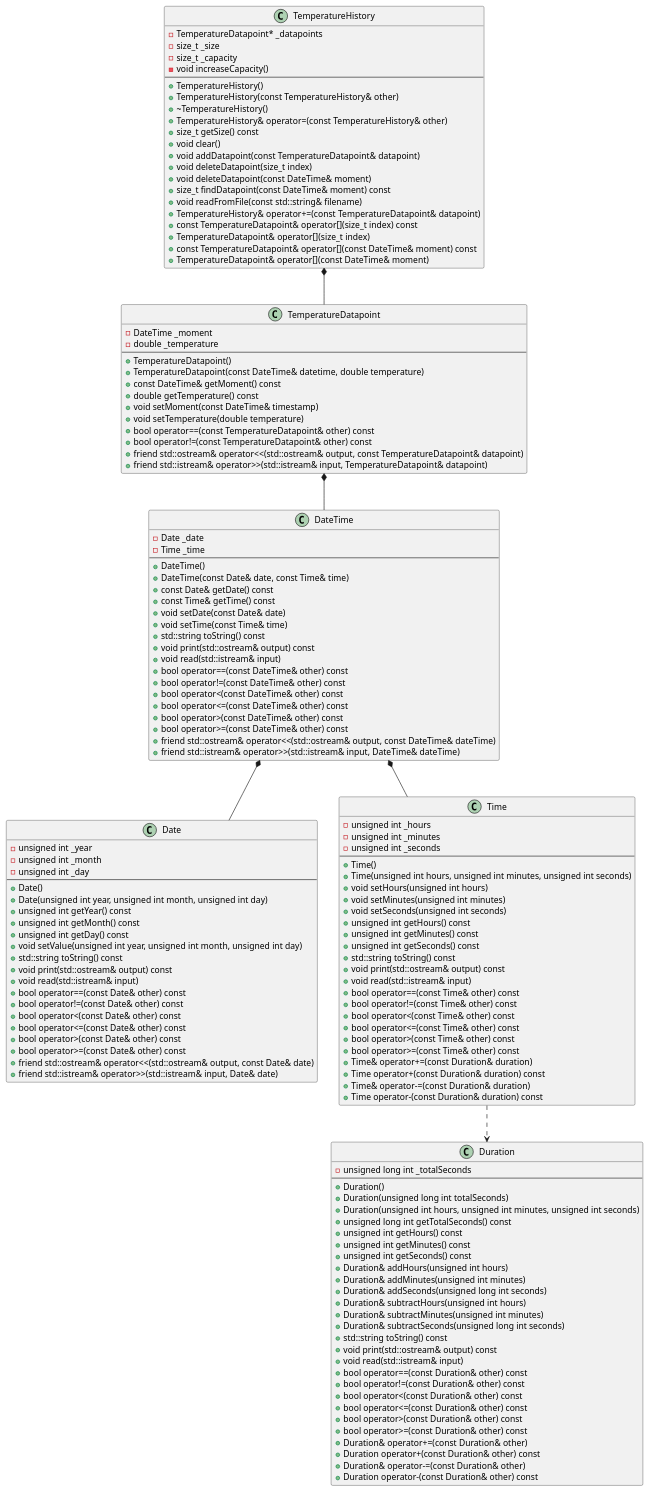
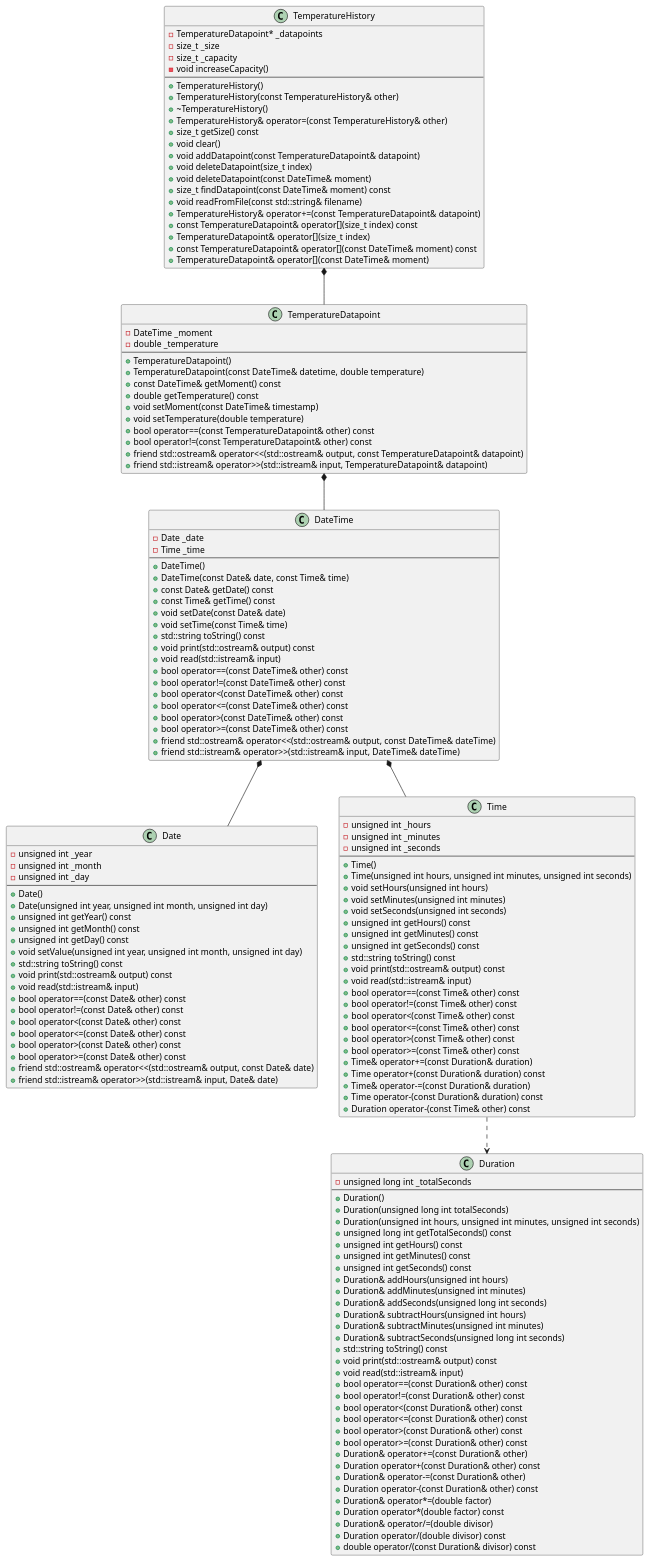
Before and after one commit to plbrault/420-SF2-RE: the seventh of 7 diagrams in laboratoires/lab04-poo3/consignes/lab04.md, drawn with PlantUML. The commit also changed other lines of this file, not shown here.

Commit message:
correction de l'erreur dans les autres diagrammes

```diff
--- a/laboratoires/lab04-poo3/consignes/lab04.md
+++ b/laboratoires/lab04-poo3/consignes/lab04.md
@@ -1126,6 +1125,7 @@
     + Time operator+(const Duration& duration) const
     + Time& operator-=(const Duration& duration)
     + Time operator-(const Duration& duration) const
+    + Duration operator-(const Time& other) const
 }
 
 class Duration {
@@ -1157,6 +1157,11 @@
     + Duration operator+(const Duration& other) const
     + Duration& operator-=(const Duration& other)
     + Duration operator-(const Duration& other) const
+    + Duration& operator*=(double factor)
+    + Duration operator*(double factor) const
+    + Duration& operator/=(double divisor)
+    + Duration operator/(double divisor) const
+    + double operator/(const Duration& divisor) const
 }
 
 class DateTime {
```
